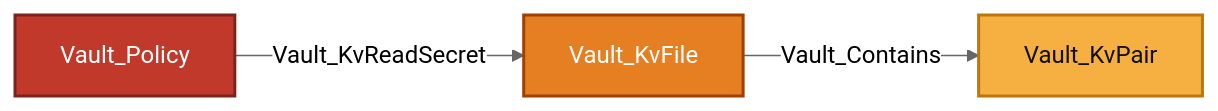
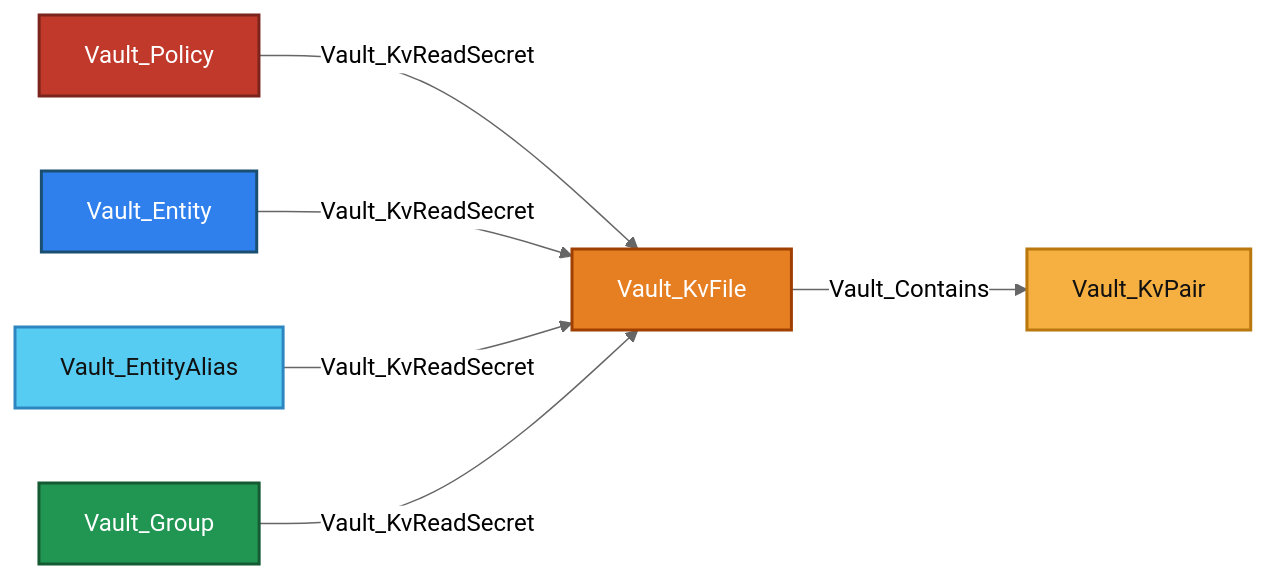
Diagram 13 of 27 in Documentation/stores/MOUNTS.md (bytewreck/opengraph-vault), drawn with Mermaid (neutral theme) before and after one commit. The commit also changed other lines of this file and 4 other files, not shown here.

````diff
--- a/Documentation/stores/MOUNTS.md
+++ b/Documentation/stores/MOUNTS.md
@@ -783,9 +769,16 @@
 ```mermaid
 flowchart LR
     policy[Vault_Policy]:::policyNode -->|Vault_KvReadSecret| file[Vault_KvFile]:::kvObjectNode
     file -->|Vault_Contains| pair[Vault_KvPair]:::kvPairNode
 
+    VE[Vault_Entity]:::entityNode -->|Vault_KvReadSecret| file
+    EA[Vault_EntityAlias]:::entityAliasNode -->|Vault_KvReadSecret| file
+    VG[Vault_Group]:::groupNode -->|Vault_KvReadSecret| file
+
     classDef policyNode fill:#C0392B,color:#fff,stroke:#7B241C,stroke-width:2px
     classDef kvObjectNode fill:#E67E22,color:#fff,stroke:#A04000,stroke-width:2px
     classDef kvPairNode fill:#F5B041,color:#111,stroke:#B9770E,stroke-width:2px
+    classDef entityNode fill:#2F80ED,color:#fff,stroke:#1B4F72,stroke-width:2px
+    classDef entityAliasNode fill:#56CCF2,color:#111,stroke:#2E86C1,stroke-width:2px
+    classDef groupNode fill:#219653,color:#fff,stroke:#145A32,stroke-width:2px
 ```
````
